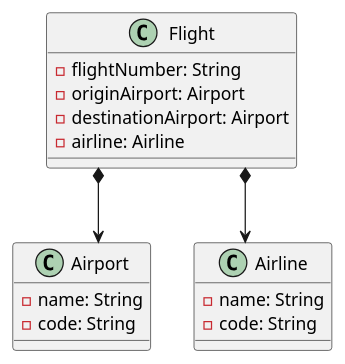
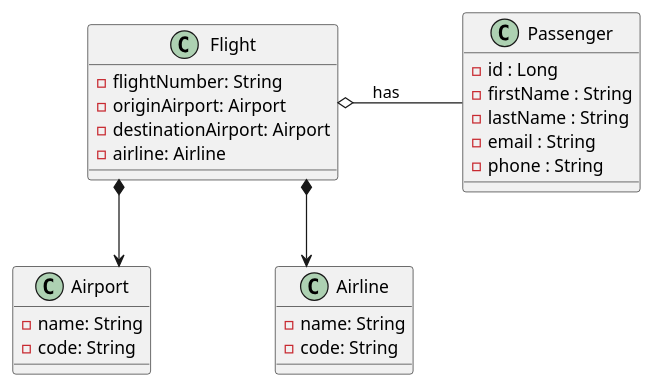
The diagram in docs/class-diagram.puml (ch88251/airport-management-system), drawn with PlantUML before and after one commit. The commit also changed 1 other file, not shown here.

Commit message:
Updated class diagram

```diff
--- a/docs/class-diagram.puml
+++ b/docs/class-diagram.puml
@@ -1,25 +1,35 @@
 @startuml
 
 skinparam linetype ortho
+skinparam nodesep 100
 
 class Airport {
   - name: String
   - code: String
 }
 
 class Airline {
   - name: String
   - code: String
 }
 
 class Flight {
   - flightNumber: String
   - originAirport: Airport
   - destinationAirport: Airport
   - airline: Airline
 }
 
+class Passenger {
+  - id : Long
+  - firstName : String
+  - lastName : String
+  - email : String
+  - phone : String
+}
+
 Flight *--> Airport
 Flight *--> Airline
+Flight o-right- Passenger : has
 
 @enduml
```
